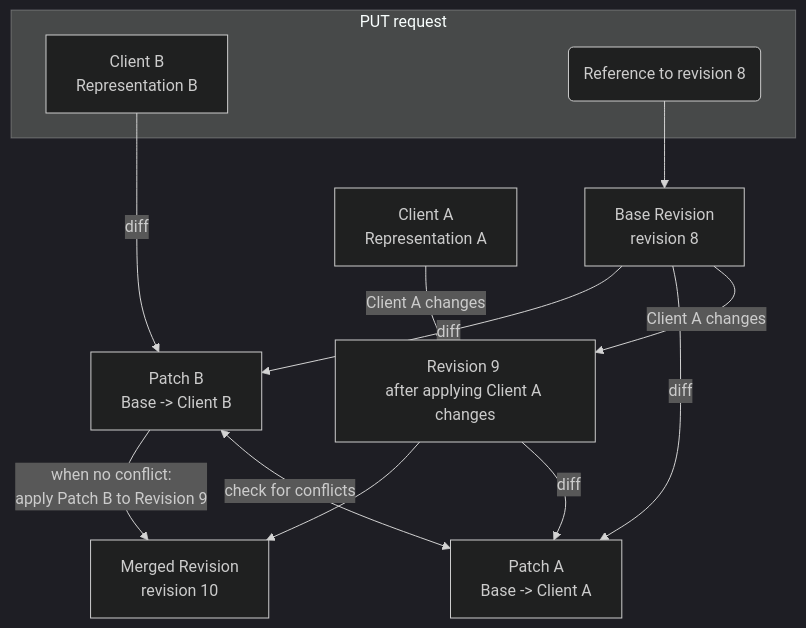
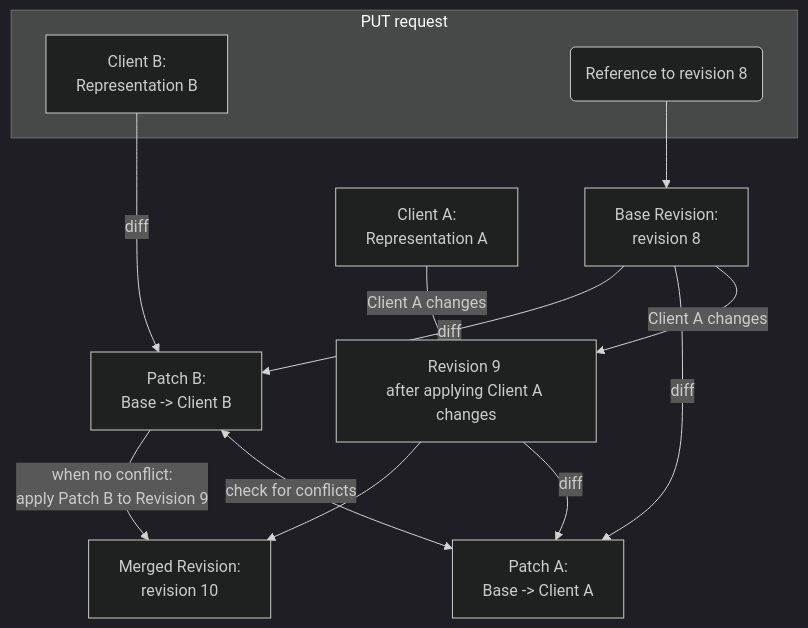
The second of 2 diagrams in architecture/05-stale-reads.md (DKE-Data/masterdata-sync-working-group), drawn with Mermaid (dark theme) before and after one commit.

Commit message:
slight diagram adjustment

````diff
--- a/architecture/05-stale-reads.md
+++ b/architecture/05-stale-reads.md
@@ -86,26 +86,26 @@
 ```mermaid
 flowchart TB
     subgraph sub1 ["PUT request"]
-        ClientBSentRepresentation["Client B<br/>Representation B"]
+        ClientBSentRepresentation["Client B:<br/>Representation B"]
         A("Reference to revision 8")
     end
-    BaseRevision["Base Revision<br/>revision 8"]
-    ClientASentRepresentation["Client A<br/>Representation A"]
+    BaseRevision["Base Revision:<br/>revision 8"]
+    ClientASentRepresentation["Client A:<br/>Representation A"]
     Revision9["Revision 9 <br/>after applying Client A changes"]
-    PatchA["Patch A<br/>Base -> Client A"]
-    PatchB["Patch B<br/>Base -> Client B"]
-    MergedRevision["Merged Revision<br/>revision 10"]
+    PatchA["`Patch A:<br/>Base -> Client A`"]
+    PatchB["Patch B:<br/>Base -> Client B"]
+    MergedRevision["Merged Revision:<br/>revision 10"]
     BaseRevision -->|"Client A changes"| Revision9
     ClientASentRepresentation -->|"Client A changes"| Revision9
     Revision9 -->|"diff"| PatchA
     BaseRevision -->|"diff"| PatchA
     ClientBSentRepresentation -->|"diff"| PatchB
     BaseRevision -->|"diff"| PatchB
     PatchB <-->|"check for conflicts"| PatchA
     Revision9 --> MergedRevision
     PatchB -->|"when no conflict:<br/>apply Patch B to Revision 9"| MergedRevision
     A --> BaseRevision
     %% ceasg:{"id":"2fpch1lu"} %%
     %% mermaid-flow:pos BaseRevision=583,-32 ClientASentRepresentation=302,-6 ClientBSentRepresentation=827,248 Revision9=367,113 PatchA=333,378 PatchB=637,375 MergedRevision=571,583 A=759,162
     %% mermaid-flow:gpos sub1=718,71,207,227
 ```
````
